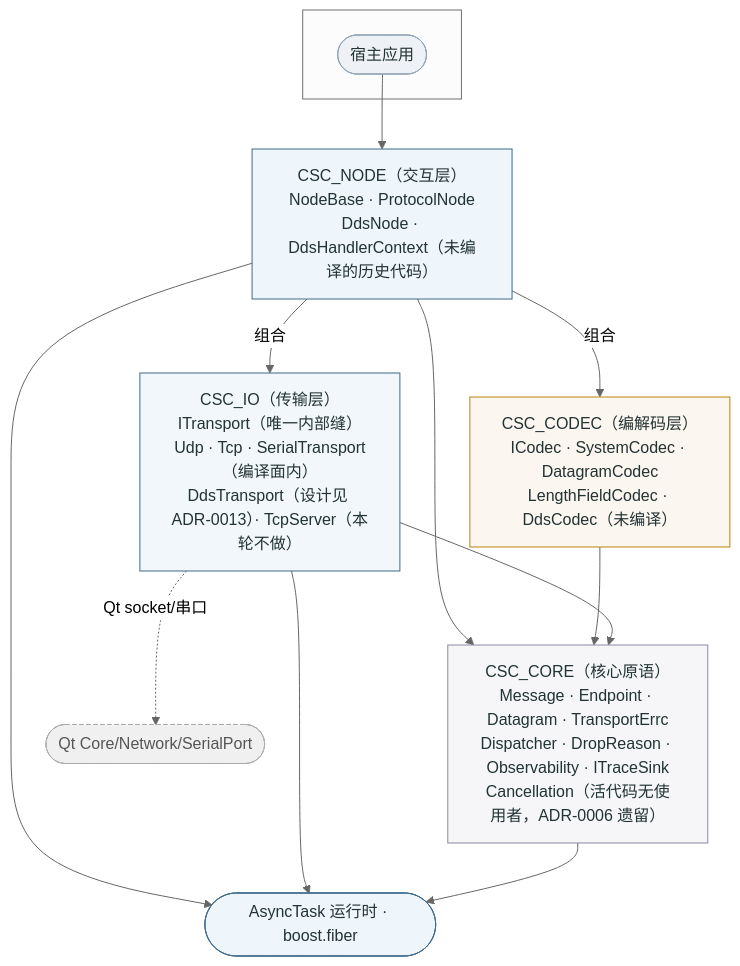
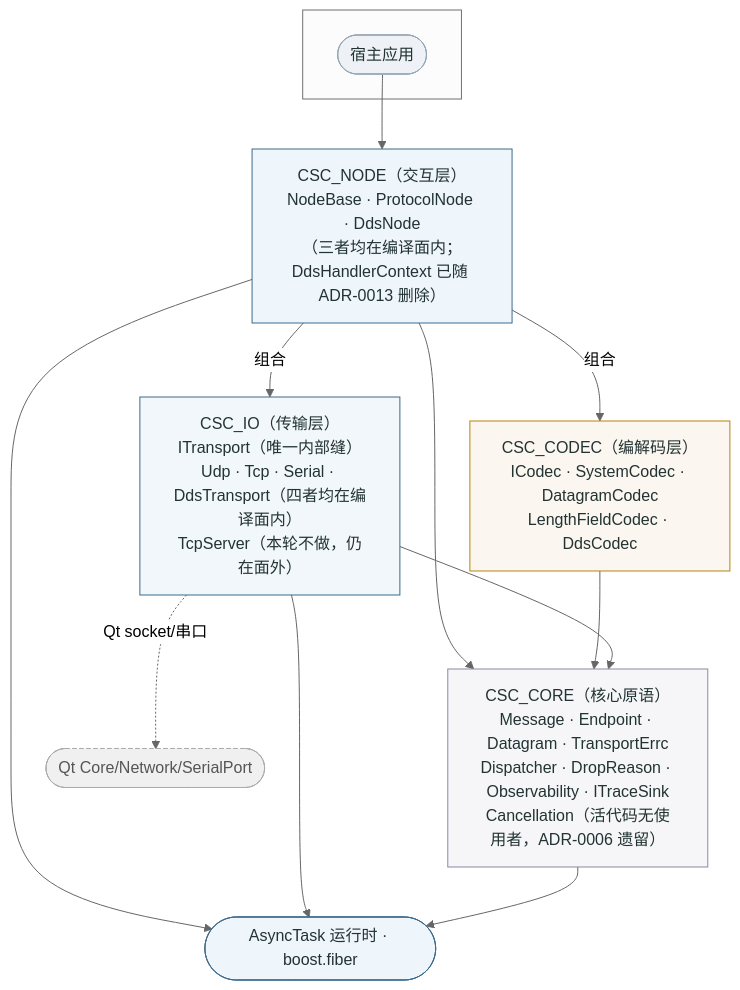
The diagram in docs/diagrams/sdd-csc-layers.mmd (Ste7an-cs/Transport), drawn with Mermaid (neutral theme) before and after one commit. The commit also changed 5 other files, not shown here.

First line of the commit message:
docs(adr+sdd+图): 落实 #204 的三处判断,并清掉 SDD 一批过时的编译面标注

```diff
--- a/docs/diagrams/sdd-csc-layers.mmd
+++ b/docs/diagrams/sdd-csc-layers.mmd
@@ -1,33 +1,33 @@
 flowchart TB
     subgraph HOST[" "]
       APP([宿主应用])
     end
-    NODE["CSC_NODE（交互层）<br/>NodeBase · ProtocolNode<br/>DdsNode · DdsHandlerContext（未编译的历史代码）"]
-    CODEC["CSC_CODEC（编解码层）<br/>ICodec · SystemCodec · DatagramCodec<br/>LengthFieldCodec · DdsCodec（未编译）"]
-    IO["CSC_IO（传输层）<br/>ITransport（唯一内部缝）<br/>Udp · Tcp · SerialTransport（编译面内）<br/>DdsTransport（设计见 ADR-0013）· TcpServer（本轮不做）"]
+    NODE["CSC_NODE（交互层）<br/>NodeBase · ProtocolNode · DdsNode<br/>（三者均在编译面内；DdsHandlerContext 已随 ADR-0013 删除）"]
+    CODEC["CSC_CODEC（编解码层）<br/>ICodec · SystemCodec · DatagramCodec<br/>LengthFieldCodec · DdsCodec"]
+    IO["CSC_IO（传输层）<br/>ITransport（唯一内部缝）<br/>Udp · Tcp · Serial · DdsTransport（四者均在编译面内）<br/>TcpServer（本轮不做，仍在面外）"]
     CORE["CSC_CORE（核心原语）<br/>Message · Endpoint · Datagram · TransportErrc<br/>Dispatcher · DropReason · Observability · ITraceSink<br/>Cancellation（活代码无使用者，ADR-0006 遗留）"]
     RT([AsyncTask 运行时 · boost.fiber])
     QT([Qt Core/Network/SerialPort]):::opt
 
     APP --> NODE
     NODE -->|组合| CODEC
     NODE -->|组合| IO
     NODE --> CORE
     CODEC --> CORE
     IO --> CORE
     IO -.Qt socket/串口.-> QT
     NODE --> RT
     IO --> RT
     CORE --> RT
 
     classDef host fill:#eef2f7,stroke:#93a4b5,color:#233;
     classDef node fill:#eef5fb,stroke:#3d6a8c,color:#233;
     classDef codec fill:#fbf6ef,stroke:#b8860b,color:#233;
     classDef io fill:#f2f7fb,stroke:#3d6a8c,color:#233;
     classDef core fill:#f6f6f8,stroke:#8a8aa0,color:#233;
     classDef opt fill:#f0f0f0,stroke:#aaa,color:#555,stroke-dasharray:4 3;
     class APP host;
     class NODE node;
     class CODEC codec;
     class IO io;
     class CORE core;
```
